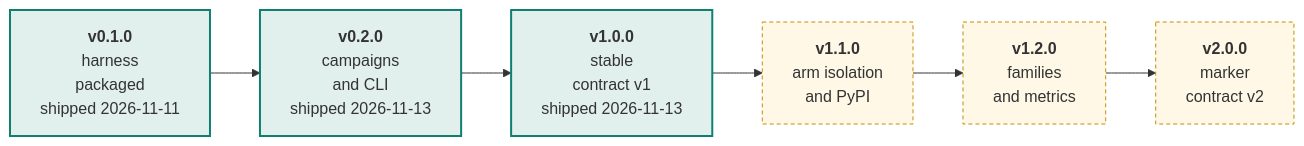
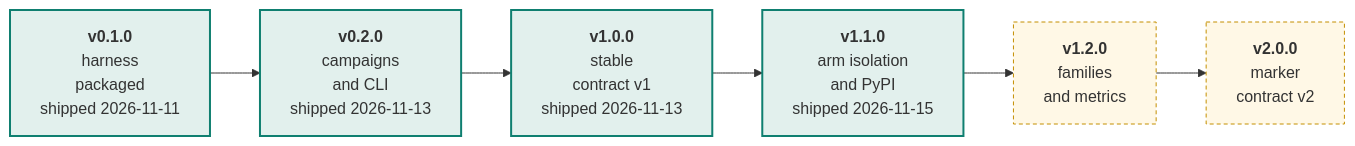
The first of 2 diagrams in docs/roadmap.md (swarm-routing/ns3-tools), drawn with Mermaid before and after one commit. The commit also changed other lines of this file and 1 other file, not shown here.

First line of the commit message:
docs(roadmap): v1.1.0 shipped (#210)

````diff
--- a/docs/roadmap.md
+++ b/docs/roadmap.md
@@ -56,18 +56,18 @@
 ```mermaid
 flowchart LR
     V01["<b>v0.1.0</b><br/>harness<br/>packaged<br/>shipped 2026-11-11"]
     V02["<b>v0.2.0</b><br/>campaigns<br/>and CLI<br/>shipped 2026-11-13"]
     V10["<b>v1.0.0</b><br/>stable<br/>contract v1<br/>shipped 2026-11-13"]
-    V11["<b>v1.1.0</b><br/>arm isolation<br/>and PyPI"]
+    V11["<b>v1.1.0</b><br/>arm isolation<br/>and PyPI<br/>shipped 2026-11-15"]
     V12["<b>v1.2.0</b><br/>families<br/>and metrics"]
     V20["<b>v2.0.0</b><br/>marker<br/>contract v2"]
 
     V01 --> V02 --> V10 --> V11 --> V12 --> V20
 
     style V01 fill:#e2f0ed,stroke:#0f7f70,stroke-width:2px
     style V02 fill:#e2f0ed,stroke:#0f7f70,stroke-width:2px
     style V10 fill:#e2f0ed,stroke:#0f7f70,stroke-width:2px
-    style V11 fill:#fff8e6,stroke:#c48f00,stroke-dasharray:4 3
+    style V11 fill:#e2f0ed,stroke:#0f7f70,stroke-width:2px
     style V12 fill:#fff8e6,stroke:#c48f00,stroke-dasharray:4 3
     style V20 fill:#fff8e6,stroke:#c48f00,stroke-dasharray:4 3
 ```
````
